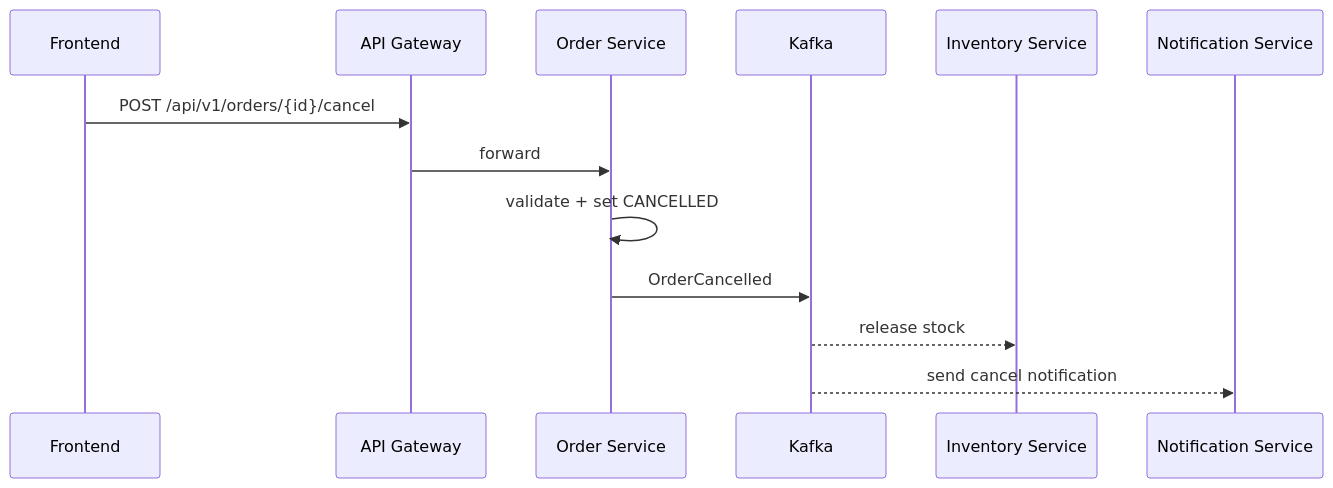
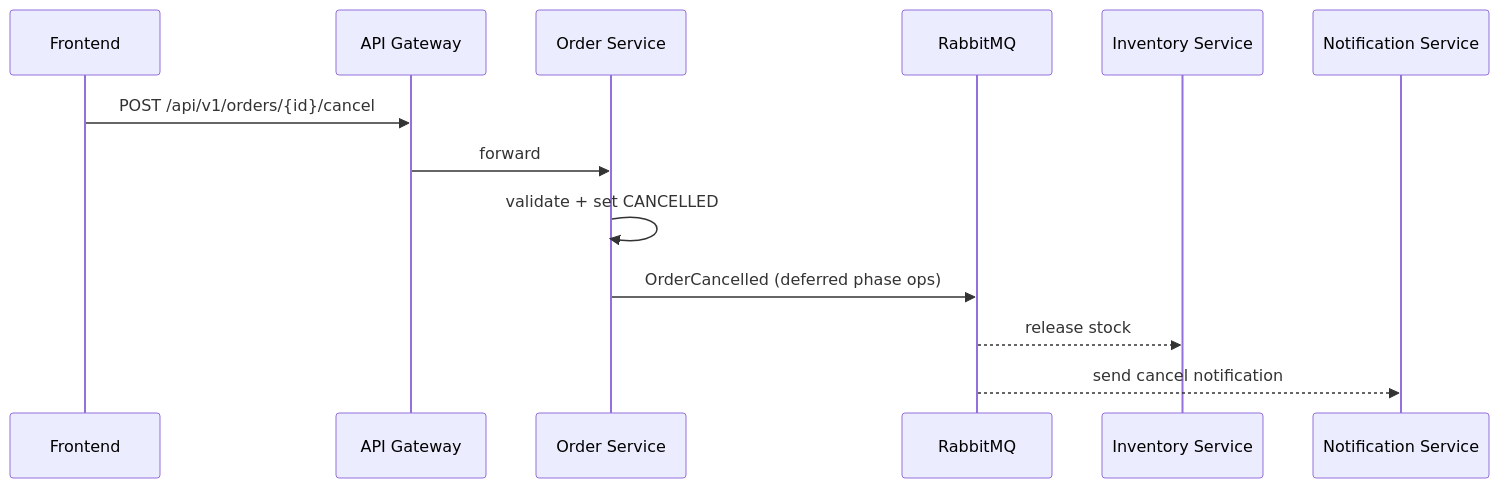
The fifth of 6 diagrams in architecture/02-sequence-diagrams.md (dminhduc250136/ptit_htpt), drawn with Mermaid before and after one commit. The commit also changed other lines of this file and 3 other files, not shown here.

````diff
--- a/architecture/02-sequence-diagrams.md
+++ b/architecture/02-sequence-diagrams.md
@@ -67,16 +113,16 @@
 ```mermaid
 sequenceDiagram
     participant FE as Frontend
     participant GW as API Gateway
     participant OS as Order Service
-    participant K as Kafka
+    participant MQ as RabbitMQ
     participant INV as Inventory Service
     participant N as Notification Service
 
     FE->>GW: POST /api/v1/orders/{id}/cancel
     GW->>OS: forward
     OS->>OS: validate + set CANCELLED
-    OS->>K: OrderCancelled
-    K-->>INV: release stock
-    K-->>N: send cancel notification
+    OS->>MQ: OrderCancelled (deferred phase ops)
+    MQ-->>INV: release stock
+    MQ-->>N: send cancel notification
 ```
````
